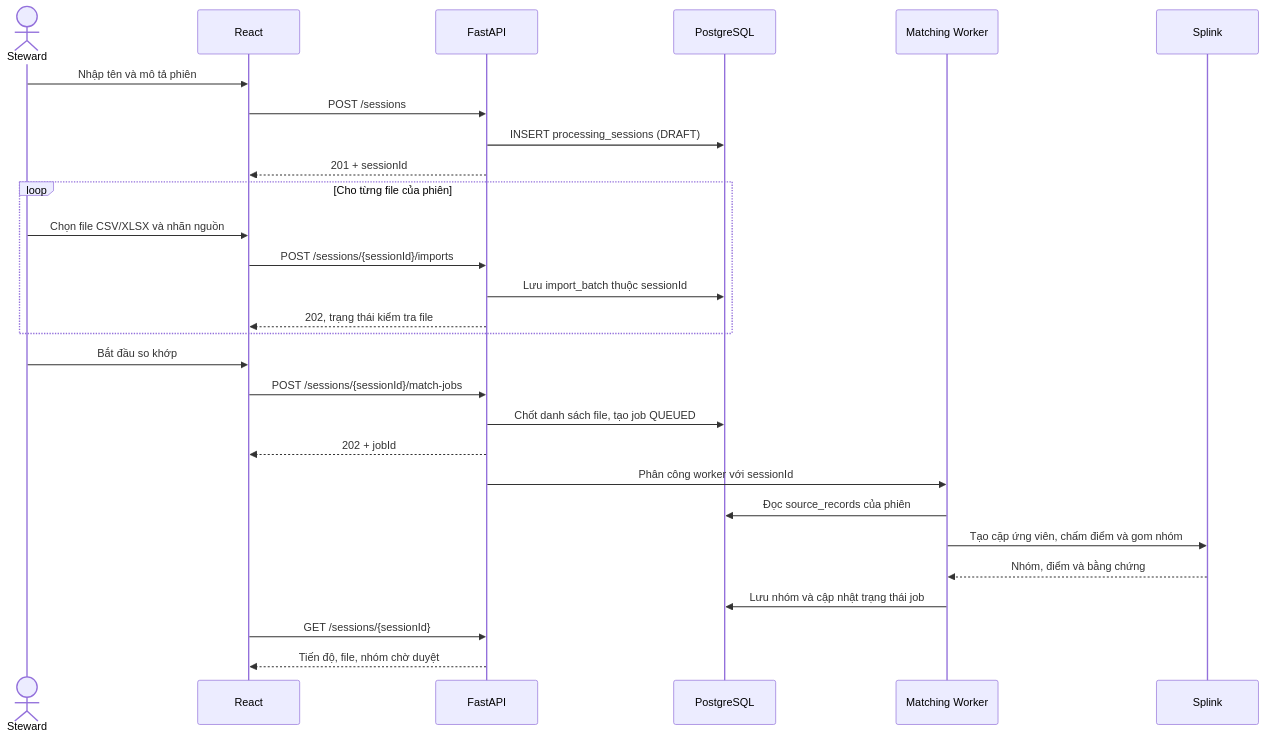
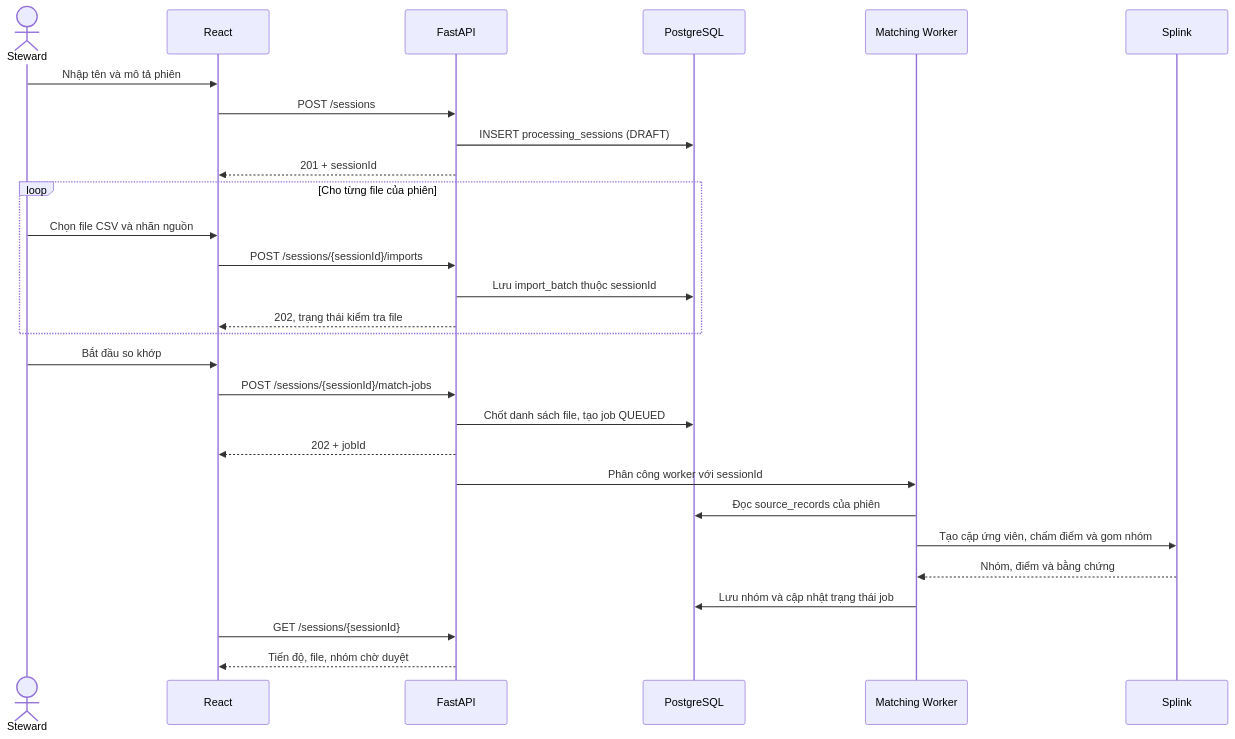
The sixth of 9 diagrams in README.md (ngominhthu09/data), drawn with Mermaid before and after one commit. The commit also changed other lines of this file and 27 other files, not shown here.

````diff
--- a/README.md
+++ b/README.md
@@ -616,30 +618,30 @@
 ```mermaid
 sequenceDiagram
     actor S as Steward
     participant UI as React
     participant API as FastAPI
     participant DB as PostgreSQL
     participant W as Matching Worker
     participant ML as Splink
     S->>UI: Nhập tên và mô tả phiên
     UI->>API: POST /sessions
     API->>DB: INSERT processing_sessions (DRAFT)
     API-->>UI: 201 + sessionId
     loop Cho từng file của phiên
-        S->>UI: Chọn file CSV/XLSX và nhãn nguồn
+        S->>UI: Chọn file CSV và nhãn nguồn
         UI->>API: POST /sessions/{sessionId}/imports
         API->>DB: Lưu import_batch thuộc sessionId
         API-->>UI: 202, trạng thái kiểm tra file
     end
     S->>UI: Bắt đầu so khớp
     UI->>API: POST /sessions/{sessionId}/match-jobs
     API->>DB: Chốt danh sách file, tạo job QUEUED
     API-->>UI: 202 + jobId
     API->>W: Phân công worker với sessionId
     W->>DB: Đọc source_records của phiên
     W->>ML: Tạo cặp ứng viên, chấm điểm và gom nhóm
     ML-->>W: Nhóm, điểm và bằng chứng
     W->>DB: Lưu nhóm và cập nhật trạng thái job
     UI->>API: GET /sessions/{sessionId}
     API-->>UI: Tiến độ, file, nhóm chờ duyệt
 ```
````
